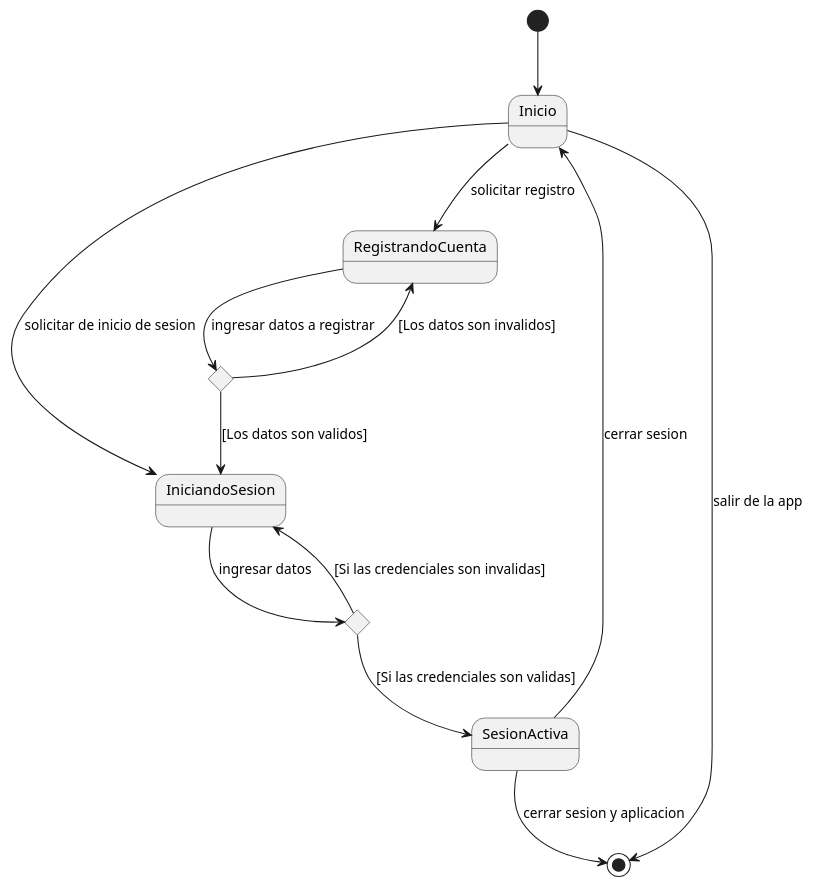
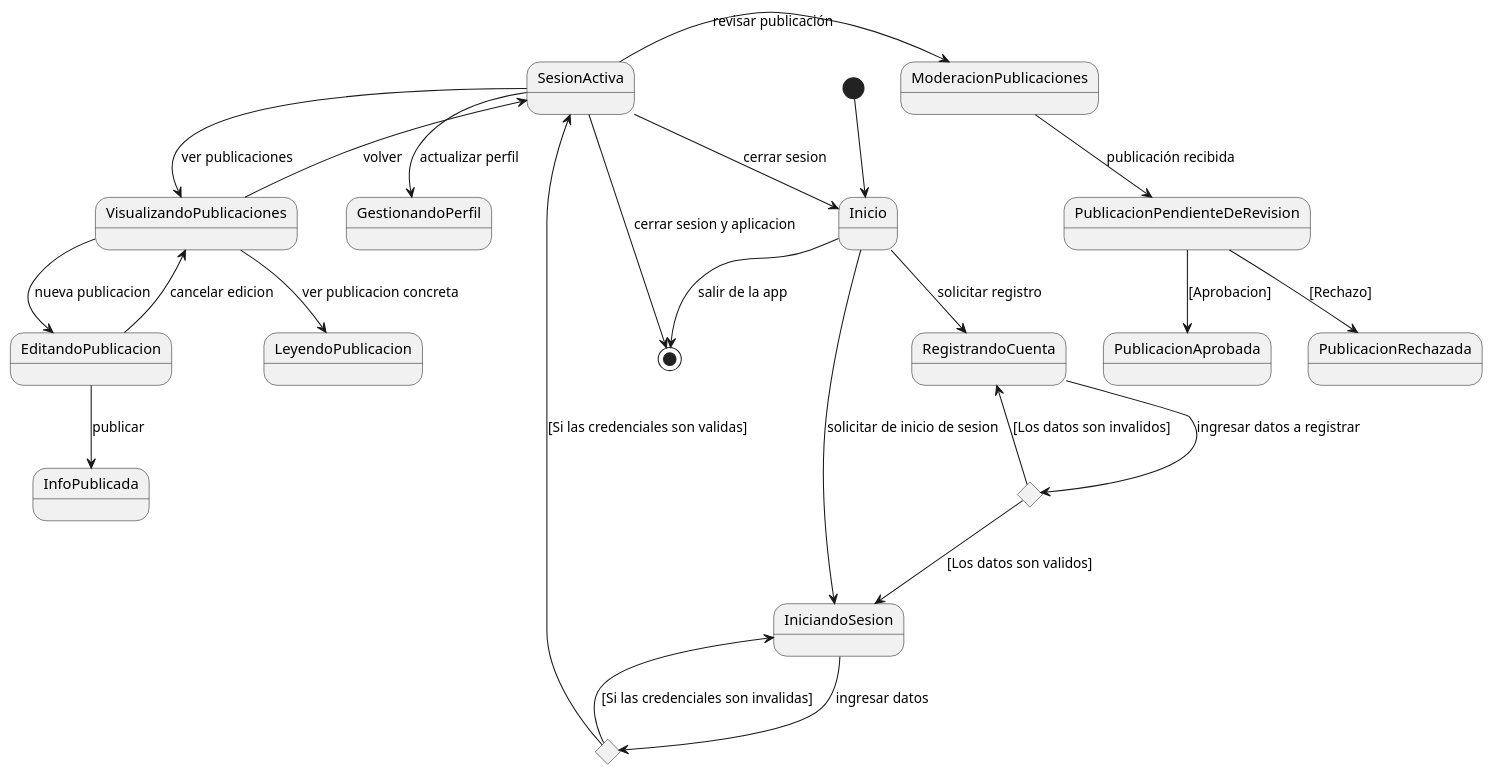
The diagram in docs/scenariosView/ModeloDeDominioDiagramaDeEstado.plantuml (Jals7/Campus-Virtual-Ciencias), drawn with PlantUML before and after one commit.

Commit message:
Actualizacion de diagrama de estados 28/11/2024

```diff
--- a/docs/scenariosView/ModeloDeDominioDiagramaDeEstado.plantuml
+++ b/docs/scenariosView/ModeloDeDominioDiagramaDeEstado.plantuml
@@ -1,27 +1,37 @@
-@startuml
+@startuml Diagrama de estado
 
 [*] --> Inicio
  Inicio--> IniciandoSesion : solicitar de inicio de sesion
  Inicio --> RegistrandoCuenta: solicitar registro
 
 state a <<choice>> 
 
 IniciandoSesion --> a : ingresar datos
 
 a--> SesionActiva : [Si las credenciales son validas]
 a--> IniciandoSesion : [Si las credenciales son invalidas]
 
 state b <<choice>>
 
 RegistrandoCuenta --> b : ingresar datos a registrar
  
 b--> IniciandoSesion : [Los datos son validos]
 b-->RegistrandoCuenta : [Los datos son invalidos]
 
 SesionActiva --> Inicio : cerrar sesion
 
 Inicio --> [*] : salir de la app
 
 SesionActiva --> [*] : cerrar sesion y aplicacion
-
+SesionActiva --> VisualizandoPublicaciones : ver publicaciones
+VisualizandoPublicaciones --> SesionActiva : volver
+VisualizandoPublicaciones --> EditandoPublicacion : nueva publicacion
+EditandoPublicacion --> InfoPublicada : publicar
+VisualizandoPublicaciones --> LeyendoPublicacion : ver publicacion concreta
+EditandoPublicacion --> VisualizandoPublicaciones : cancelar edicion
+SesionActiva --> GestionandoPerfil : actualizar perfil
+SesionActiva -> ModeracionPublicaciones: revisar publicación
+ModeracionPublicaciones --> PublicacionPendienteDeRevision: publicación recibida
+PublicacionPendienteDeRevision --> PublicacionAprobada: [Aprobacion]
+PublicacionPendienteDeRevision --> PublicacionRechazada: [Rechazo]
 @enduml
```
